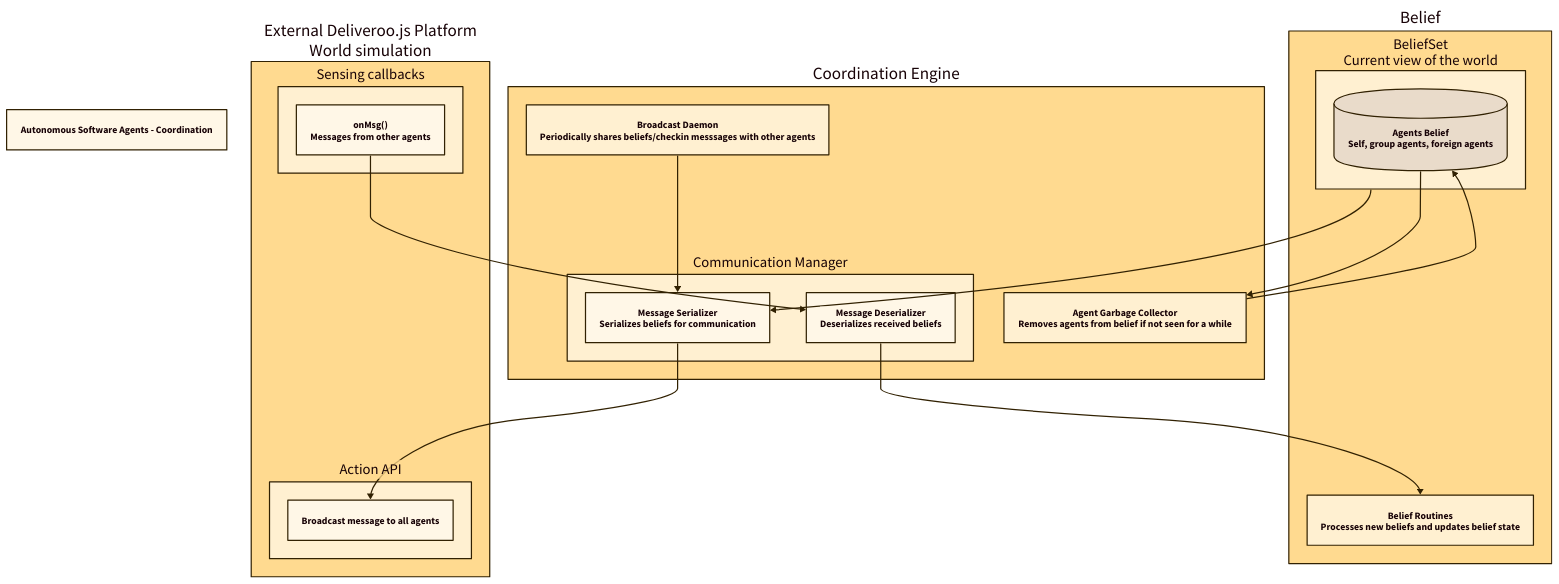
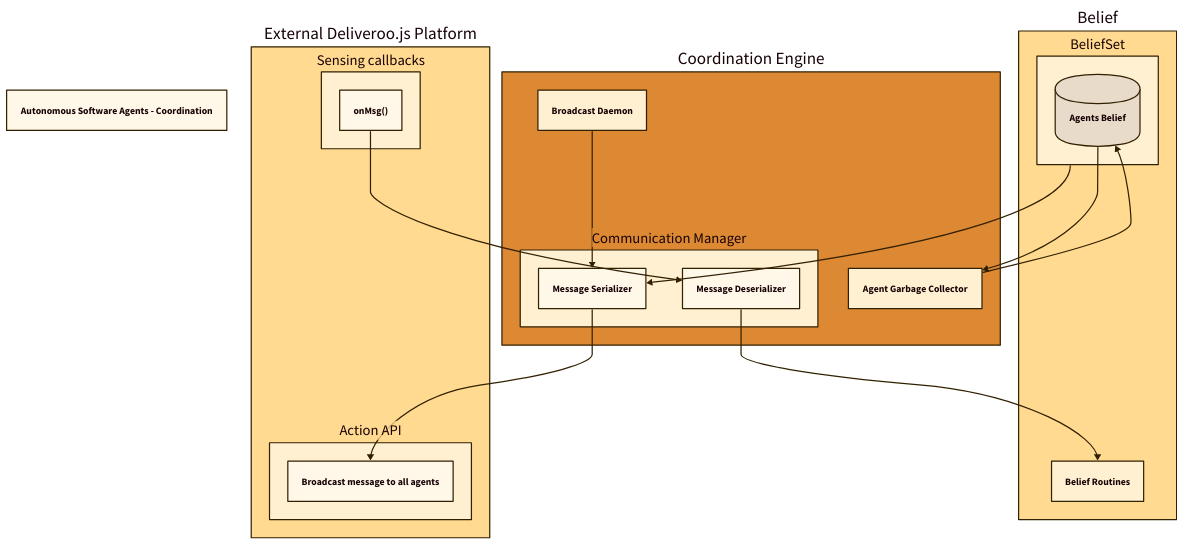
One commit to LuigiMiazzo17/unitn-autonomusSoftwareAgents changed the diagram in presentation/diagrams/coordination.d2. Above: the diagram before and after it, drawn with D2. The commit also changed 7 other files, not shown here. The source asks for the TALA layout; these drawings use dagre instead.

```diff
--- a/presentation/diagrams/coordination.d2
+++ b/presentation/diagrams/coordination.d2
@@ -1,65 +1,68 @@
 title: "Autonomous Software Agents - Coordination"
 
 vars: {
   d2-config: {
     layout-engine: tala
     theme-id: 105
   }
 }
 
 platform: {
-  label: "External Deliveroo.js Platform\nWorld simulation"
+  label: "External Deliveroo.js Platform"
   sensing: {
     label: "Sensing callbacks"
     onMsg: {
-      label: "onMsg()\nMessages from other agents"
+      label: "onMsg()"
     }
   }
   actions: {
     label: "Action API"
     broadcast: {
       label: "Broadcast message to all agents"
     }
   }
 }
 
 beliefs: {
   label: "Belief"
   state: {
-    label: "BeliefSet\nCurrent view of the world"
+    label: "BeliefSet"
     agents: {
-      label: "Agents Belief\nSelf, group agents, foreign agents"
+      label: "Agents Belief"
       shape: cylinder
     }
   }
   routines: {
-    label: "Belief Routines\nProcesses new beliefs and updates belief state"
+    label: "Belief Routines"
   }
 }
 
 coordination: {
   label: "Coordination Engine"
+  style: {
+    fill: "#dd8833"
+  }
   communication: {
     label: "Communication Manager"
     serializer: {
-      label: "Message Serializer\nSerializes beliefs for communication"
+      label: "Message Serializer"
     }
     deserializer: {
-      label: "Message Deserializer\nDeserializes received beliefs"
+      label: "Message Deserializer"
     }
   }
   broadcastdaemon: {
-    label: "Broadcast Daemon\nPeriodically shares beliefs/checkin messsages with other agents"
+    label: "Broadcast Daemon"
   }
   agentGC: {
-    label: "Agent Garbage Collector\nRemoves agents from belief if not seen for a while"
+    label: "Agent Garbage Collector"
   }
 }
 
 platform.sensing.onMsg -> coordination.communication.deserializer
 beliefs.state.agents -> coordination.agentGC
 coordination.broadcastdaemon -> coordination.communication.serializer
 coordination.agentGC -> beliefs.state.agents
 coordination.communication.serializer -> platform.actions.broadcast
 beliefs.state -> coordination.communication.serializer
 coordination.communication.deserializer -> beliefs.routines
```
